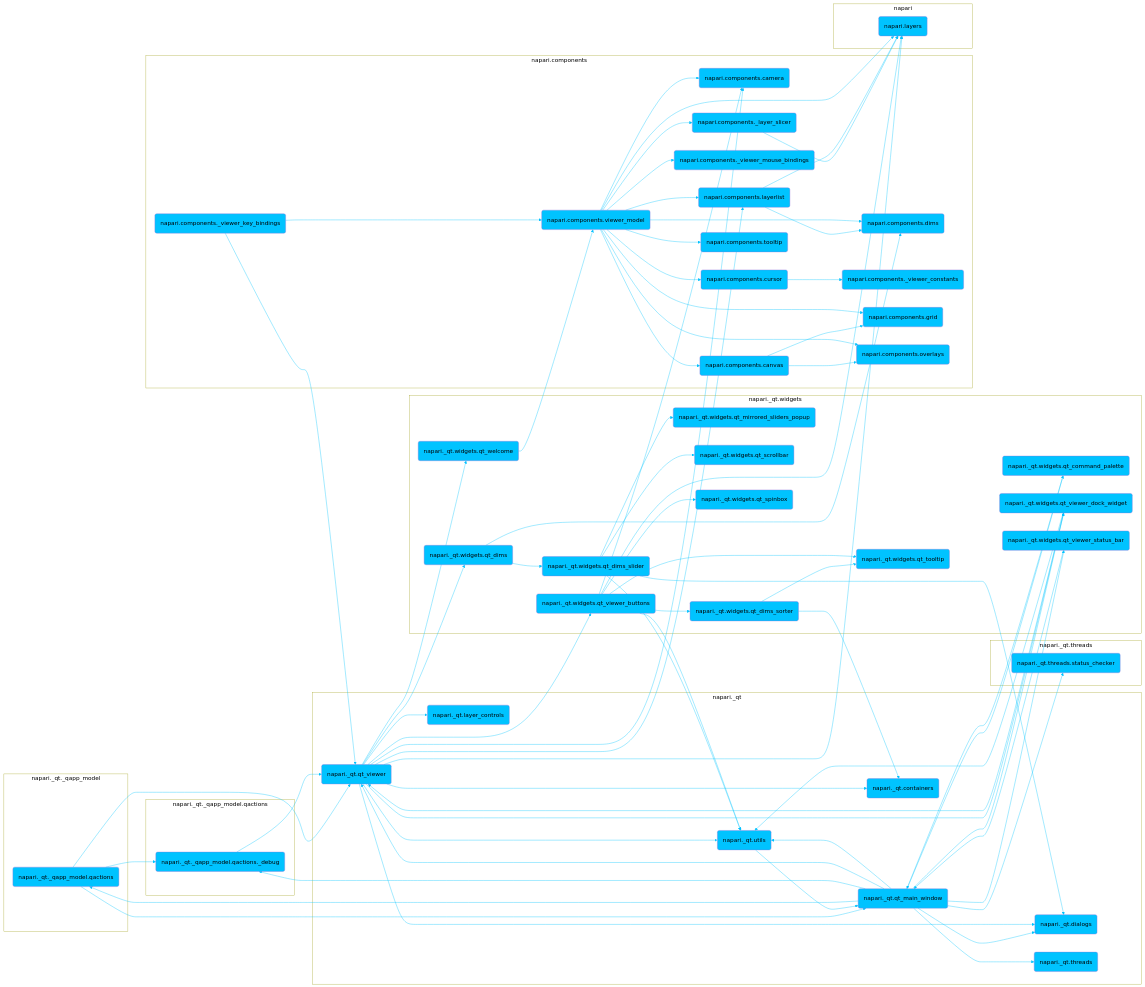
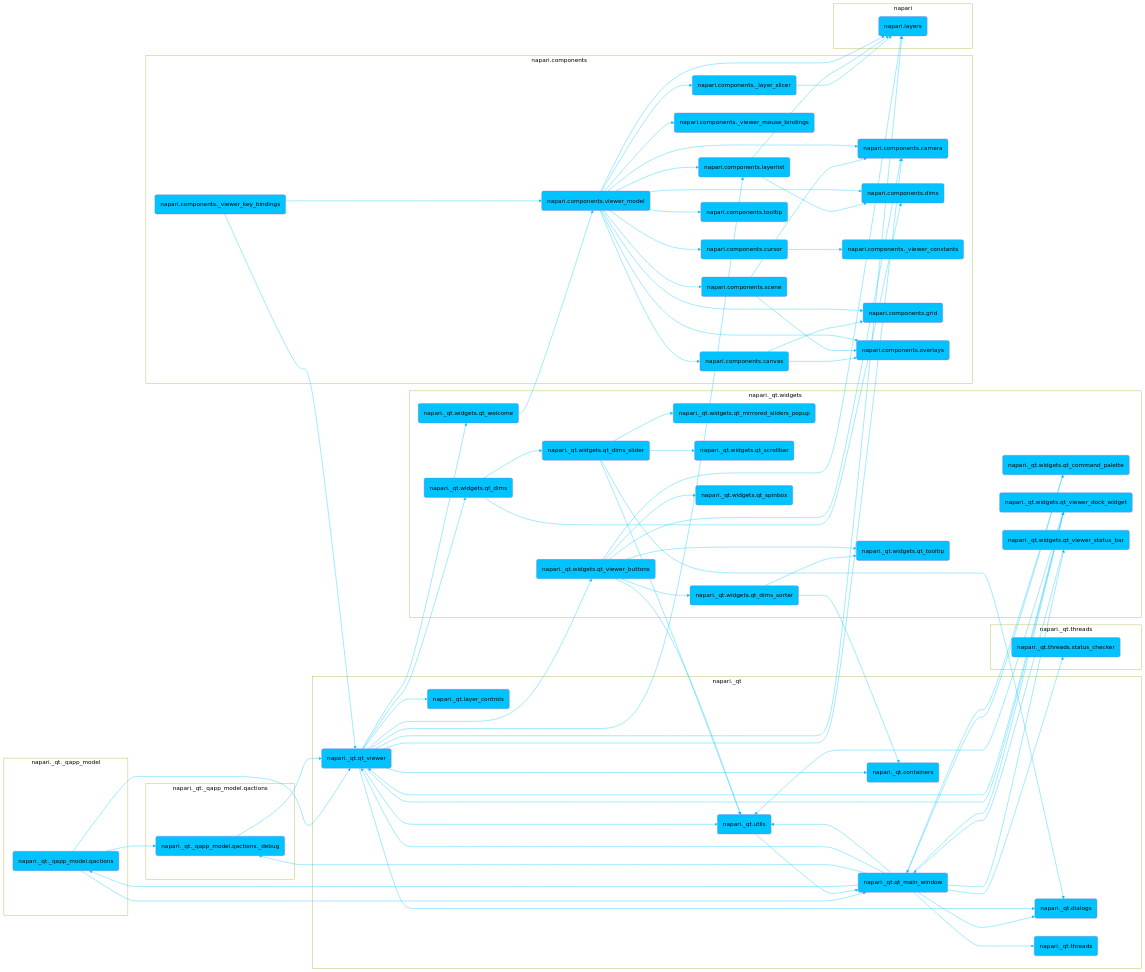
Before and after one commit to napari/napari.github.io: the diagram in dev/_sources/developers/architecture/ui_sections/viewer_ui.md, drawn with Mermaid. The commit also changed other lines of this file and 878 other files, not shown here.

```diff
--- a/dev/_sources/developers/architecture/ui_sections/viewer_ui.md
+++ b/dev/_sources/developers/architecture/ui_sections/viewer_ui.md
@@ -123,6 +123,10 @@
 	click napari.components.layerlist "https://github.com/napari/napari/tree/main/napari/components/layerlist.py" _blank
 	napari.components.overlays(napari.components.overlays)
 	click napari.components.overlays "https://github.com/napari/napari/tree/main/napari/components/overlays/__init__.py" _blank
+	napari.components.scene(napari.components.scene)
+	napari.components.scene --> napari.components.camera
+	napari.components.scene --> napari.components.overlays
+	click napari.components.scene "https://github.com/napari/napari/tree/main/napari/components/scene.py" _blank
 	napari.components.tooltip(napari.components.tooltip)
 	click napari.components.tooltip "https://github.com/napari/napari/tree/main/napari/components/tooltip.py" _blank
 	napari.components.viewer_model(napari.components.viewer_model)
@@ -135,6 +139,7 @@
 	napari.components.viewer_model --> napari.components.grid
 	napari.components.viewer_model --> napari.components.layerlist
 	napari.components.viewer_model --> napari.components.overlays
+	napari.components.viewer_model --> napari.components.scene
 	napari.components.viewer_model --> napari.components.tooltip
 	napari.components.viewer_model --> napari.layers
 	click napari.components.viewer_model "https://github.com/napari/napari/tree/main/napari/components/viewer_model.py" _blank
@@ -189,6 +194,7 @@
 		 napari.components.grid
 		 napari.components.layerlist
 		 napari.components.overlays
+		 napari.components.scene
 		 napari.components.tooltip
 		 napari.components.viewer_model
 	end
```
